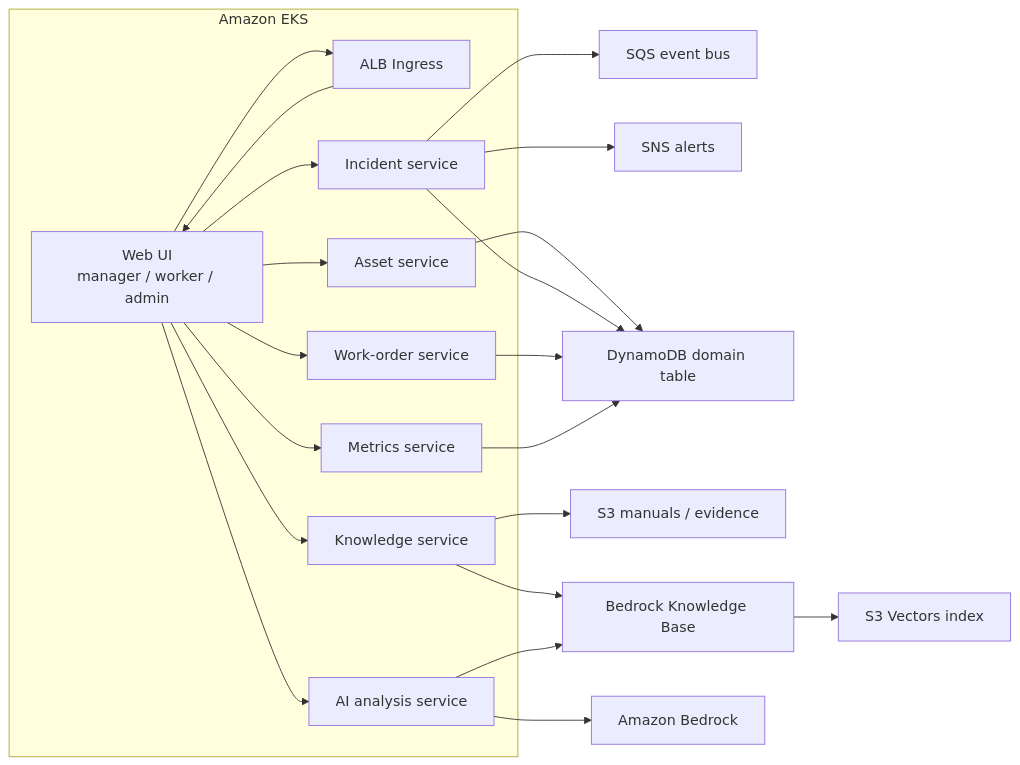
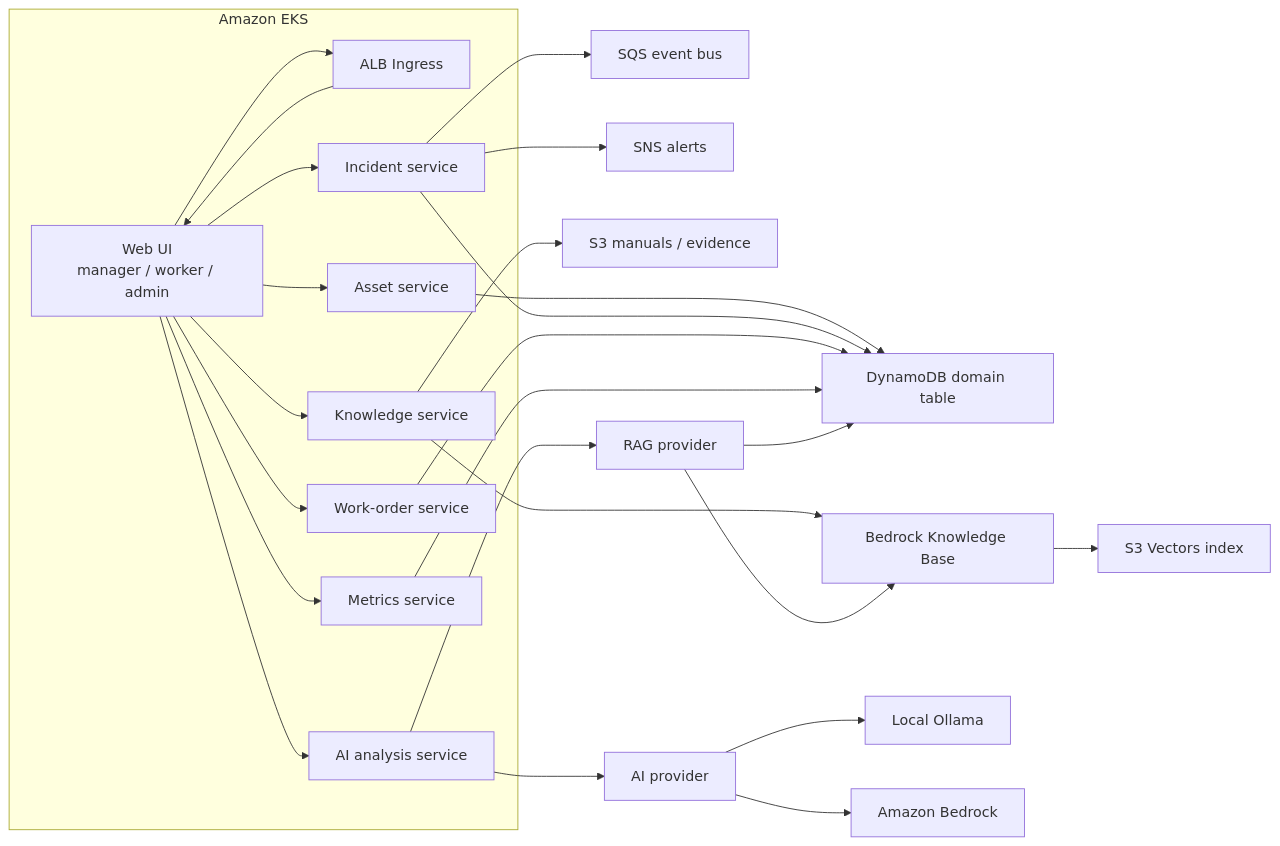
Before and after one commit to choiseongjun/AX-sentinel: the first of 2 diagrams in docs/architecture.md, drawn with Mermaid. The commit also changed other lines of this file and 2 other files, not shown here.

Commit message:
Design MSA communication with Kafka

````diff
--- a/docs/architecture.md
+++ b/docs/architecture.md
@@ -15,35 +19,39 @@
 ```mermaid
 flowchart LR
     UI["Web UI<br/>manager / worker / admin"] --> ALB["ALB Ingress"]
     ALB --> UI
     UI --> AS["Asset service"]
     UI --> IS["Incident service"]
     UI --> AI["AI analysis service"]
     UI --> KS["Knowledge service"]
     UI --> WO["Work-order service"]
     UI --> MS["Metrics service"]
 
     IS --> Q["SQS event bus"]
     IS --> N["SNS alerts"]
     AS --> DB["DynamoDB domain table"]
     IS --> DB
     WO --> DB
     MS --> DB
 
     KS --> S3["S3 manuals / evidence"]
     KS --> KB["Bedrock Knowledge Base"]
     KB --> VS["S3 Vectors index"]
-    AI --> KB
-    AI --> BR["Amazon Bedrock"]
+    AI --> RAG["RAG provider"]
+    RAG --> DB
+    RAG --> KB
+    AI --> LLM["AI provider"]
+    LLM --> OL["Local Ollama"]
+    LLM --> BR["Amazon Bedrock"]
 
     subgraph EKS["Amazon EKS"]
         ALB
         AS
         IS
         AI
         KS
         WO
         MS
         UI
     end
 ```
````
